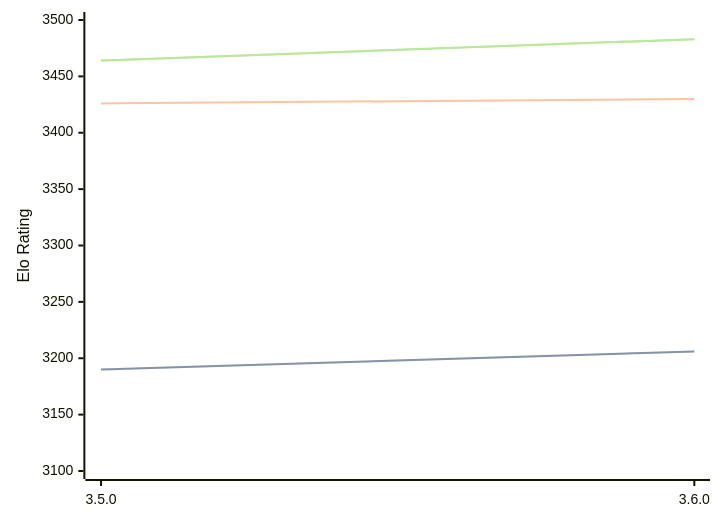
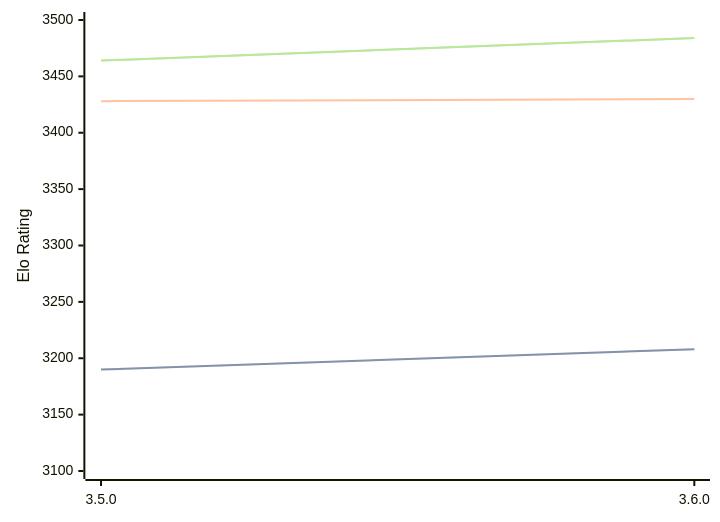
The diagram in engines/Igel.md (computer-chess-index/cci), drawn with Mermaid before and after one commit. The commit also changed other lines of this file, not shown here.

Commit message:
Update CCI Ratings (ELO VLTC) - 2026-04-07

````diff
--- a/engines/Igel.md
+++ b/engines/Igel.md
@@ -68,11 +68,11 @@
 ```mermaid
 %%{init: {"theme":"base","themeVariables":{"seriesColors:['#a3a3a3','#222221','#faa371']}}}%%
 xychart-beta
   x-axis ["3.5.0", "3.6.0"]
   y-axis "Elo Rating" 3100 --> 3500
-  line "STC (8.0+0.08s)" [3190, 3206]
-  line "STC (8.0+0.08s)" [3190, 3206]
-  line "LTC (60.0+0.60s)" [3426, 3430]
-  line "VLTC (2m24s+1.12s)" [3464, 3483]
-  line "VLTC (2m24s+1.12s)" [3464, 3483]
+  line "STC (8.0+0.08s)" [3190, 3208]
+  line "STC (8.0+0.08s)" [3190, 3208]
+  line "LTC (60.0+0.60s)" [3428, 3430]
+  line "VLTC (2m24s+1.12s)" [3464, 3484]
+  line "VLTC (2m24s+1.12s)" [3464, 3484]
 ```
````
